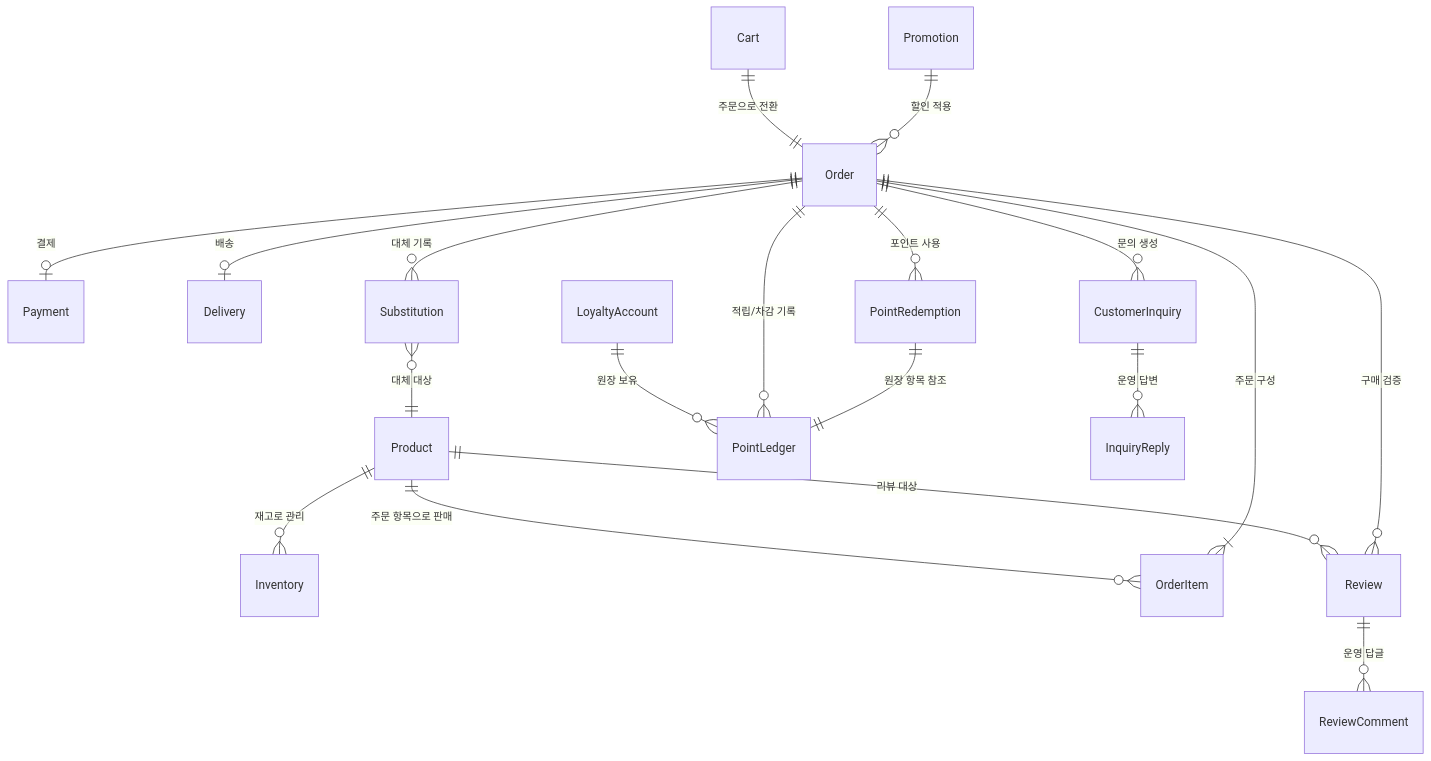
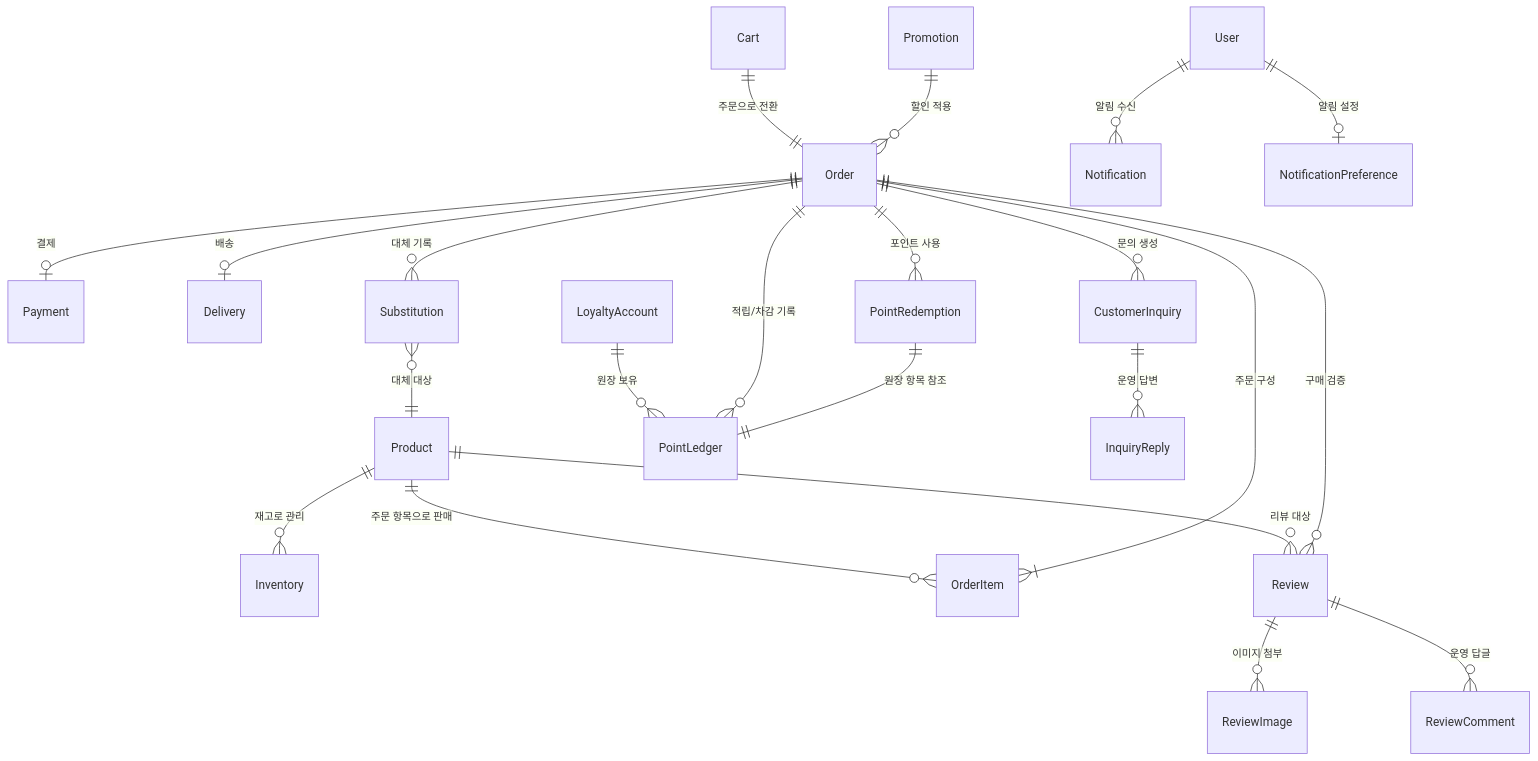
Before and after one commit to p-iknow/fullstack-forge: the second of 4 diagrams in docs/01-prd/00-overview.md, drawn with Mermaid. The commit also changed other lines of this file and 61 other files, not shown here.

````diff
--- a/docs/01-prd/00-overview.md
+++ b/docs/01-prd/00-overview.md
@@ -106,21 +109,24 @@
 ```mermaid
 erDiagram
   Product ||--o{ Inventory : "재고로 관리"
   Product ||--o{ OrderItem : "주문 항목으로 판매"
   Cart ||--|| Order : "주문으로 전환"
   Order ||--|{ OrderItem : "주문 구성"
   Order ||--o| Payment : "결제"
   Order ||--o| Delivery : "배송"
   Order ||--o{ Substitution : "대체 기록"
   Substitution }o--|| Product : "대체 대상"
   Promotion ||--o{ Order : "할인 적용"
   LoyaltyAccount ||--o{ PointLedger : "원장 보유"
   Order ||--o{ PointLedger : "적립/차감 기록"
   Order ||--o{ PointRedemption : "포인트 사용"
   PointRedemption ||--|| PointLedger : "원장 항목 참조"
   Product ||--o{ Review : "리뷰 대상"
   Order ||--o{ Review : "구매 검증"
+  Review ||--o{ ReviewImage : "이미지 첨부"
   Review ||--o{ ReviewComment : "운영 답글"
   Order ||--o{ CustomerInquiry : "문의 생성"
   CustomerInquiry ||--o{ InquiryReply : "운영 답변"
+  User ||--o{ Notification : "알림 수신"
+  User ||--o| NotificationPreference : "알림 설정"
 ```
````
